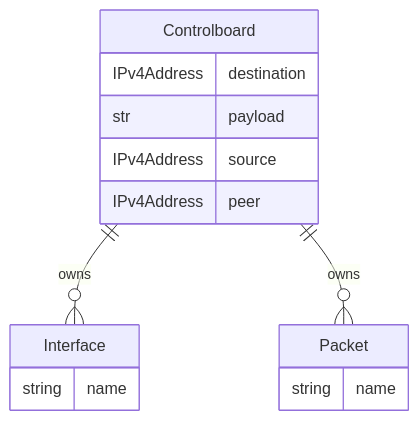
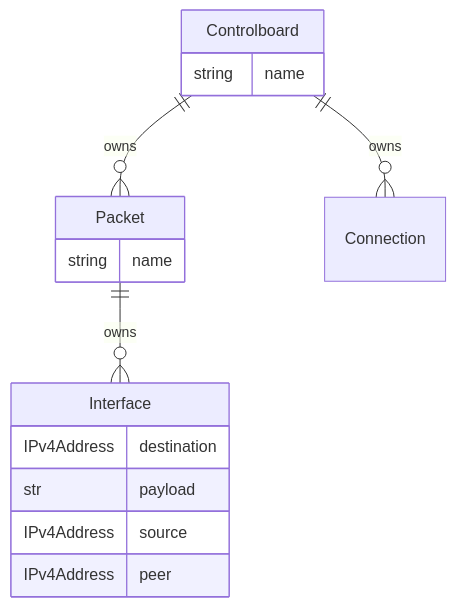
Before and after one commit to vadim-schultz/ontolog: the second of 3 diagrams in README.md, drawn with Mermaid. The commit also changed other lines of this file and 24 other files, not shown here.

````diff
--- a/README.md
+++ b/README.md
@@ -400,17 +400,18 @@
 ```mermaid
 erDiagram
     Controlboard {
+        string name
+    }
+    Interface {
         IPv4Address destination
         str payload
         IPv4Address source
         IPv4Address peer
     }
-    Interface {
-        string name
-    }
     Packet {
         string name
     }
-    Controlboard ||--o{ Interface : owns
+    Controlboard ||--o{ Connection : owns
     Controlboard ||--o{ Packet : owns
+    Packet ||--o{ Interface : owns
 ```
````
